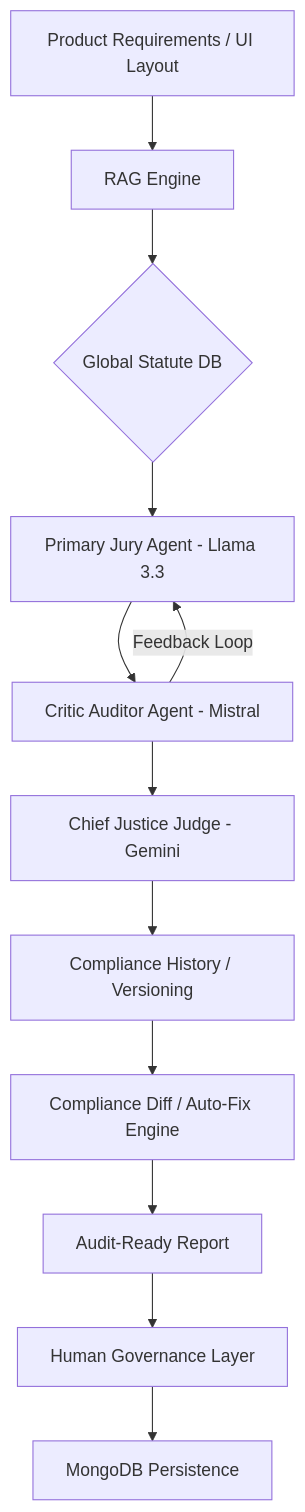
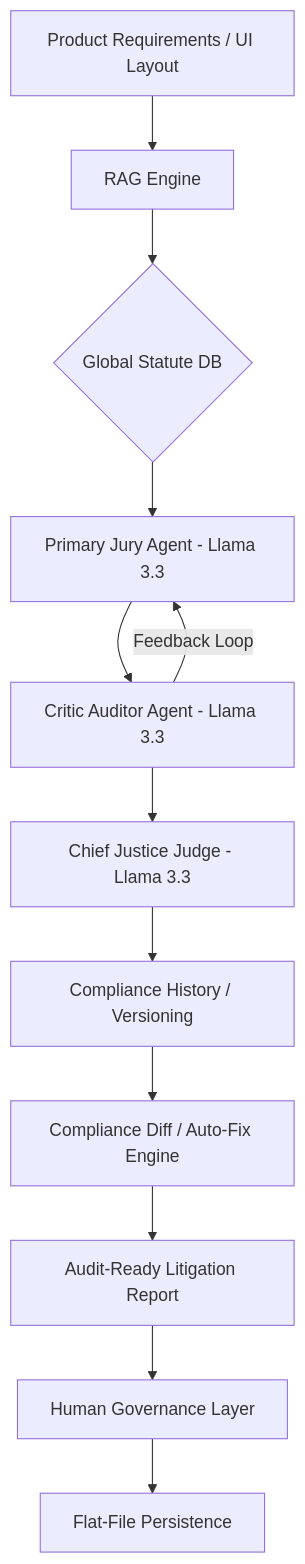
The diagram in README.md (Mayank-Rohira/JurAI), drawn with Mermaid before and after one commit. The commit also changed other lines of this file and 6 other files, not shown here.

Commit message:
docs: update project architecture and features to reflect groq-based implementation

````diff
--- a/README.md
+++ b/README.md
@@ -41,14 +42,14 @@
 ```mermaid
 graph TD
     A[Product Requirements / UI Layout] --> B[RAG Engine]
     B --> C{Global Statute DB}
     C --> D[Primary Jury Agent - Llama 3.3]
-    D --> E[Critic Auditor Agent - Mistral]
+    D --> E[Critic Auditor Agent - Llama 3.3]
     E -- Feedback Loop --> D
-    E --> F[Chief Justice Judge - Gemini]
+    E --> F[Chief Justice Judge - Llama 3.3]
     F --> G[Compliance History / Versioning]
     G --> H[Compliance Diff / Auto-Fix Engine]
-    H --> I[Audit-Ready Report]
+    H --> I[Audit-Ready Litigation Report]
     I --> J[Human Governance Layer]
-    J --> K[MongoDB Persistence]
+    J --> K[Flat-File Persistence]
 ```
````
